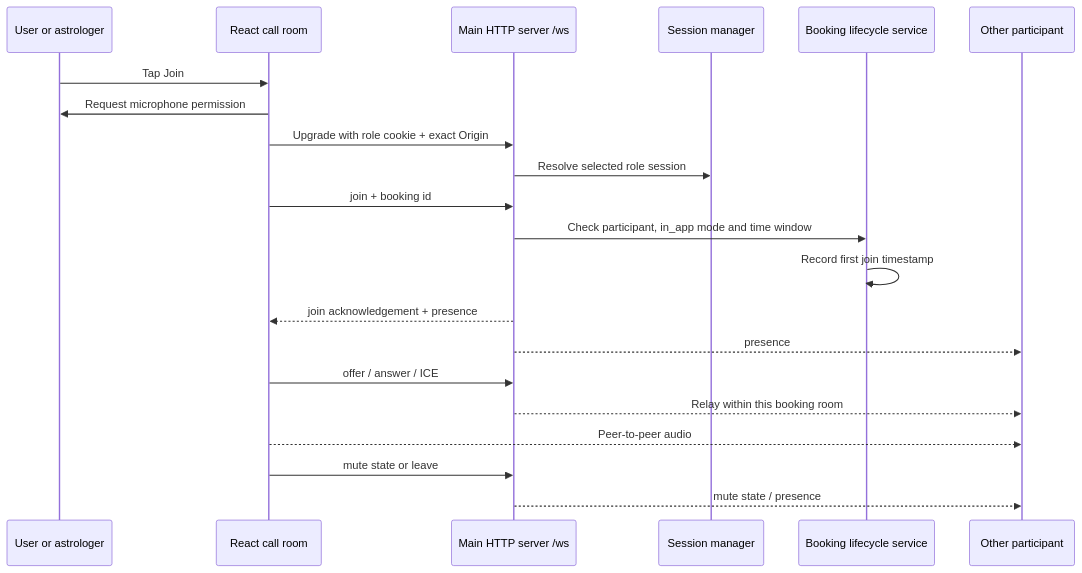
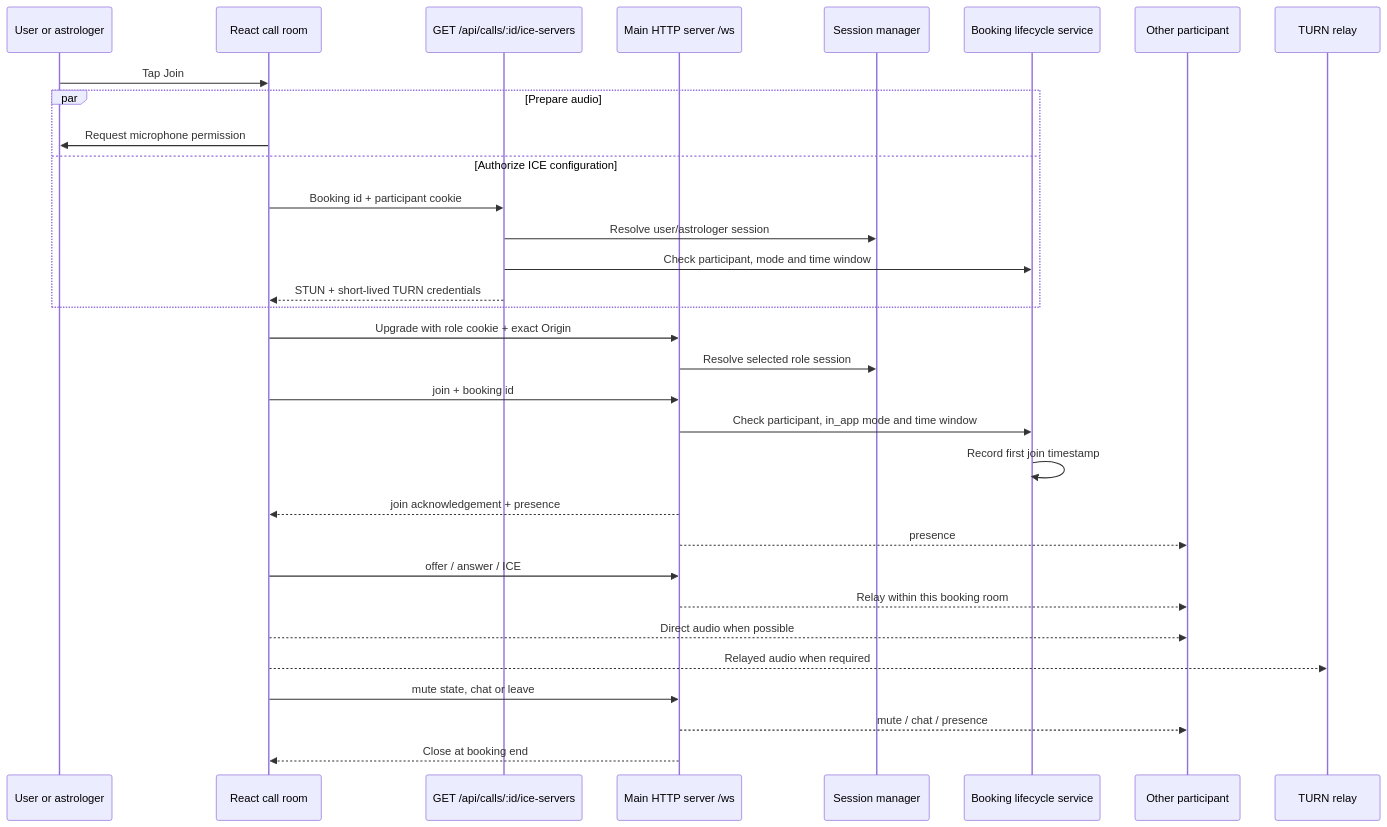
One commit to Yash1927/AstroWeb-App changed the fifth of 7 diagrams in docs/ARCHITECTURE.md. Above: the diagram before and after it, drawn with Mermaid. The commit also changed other lines of this file and 34 other files, not shown here.

````diff
--- a/docs/ARCHITECTURE.md
+++ b/docs/ARCHITECTURE.md
@@ -270,24 +280,35 @@
 ```mermaid
 sequenceDiagram
     participant Person as User or astrologer
     participant Room as React call room
+    participant API as GET /api/calls/:id/ice-servers
     participant Server as Main HTTP server /ws
     participant Sessions as Session manager
     participant Booking as Booking lifecycle service
     participant Peer as Other participant
+    participant Turn as TURN relay
 
     Person->>Room: Tap Join
-    Room->>Person: Request microphone permission
+    par Prepare audio
+        Room->>Person: Request microphone permission
+    and Authorize ICE configuration
+        Room->>API: Booking id + participant cookie
+        API->>Sessions: Resolve user/astrologer session
+        API->>Booking: Check participant, mode and time window
+        API-->>Room: STUN + short-lived TURN credentials
+    end
     Room->>Server: Upgrade with role cookie + exact Origin
     Server->>Sessions: Resolve selected role session
     Room->>Server: join + booking id
     Server->>Booking: Check participant, in_app mode and time window
     Booking->>Booking: Record first join timestamp
     Server-->>Room: join acknowledgement + presence
     Server-->>Peer: presence
     Room->>Server: offer / answer / ICE
     Server-->>Peer: Relay within this booking room
-    Room-->>Peer: Peer-to-peer audio
-    Room->>Server: mute state or leave
-    Server-->>Peer: mute state / presence
+    Room-->>Peer: Direct audio when possible
+    Room-->>Turn: Relayed audio when required
+    Room->>Server: mute state, chat or leave
+    Server-->>Peer: mute / chat / presence
+    Server-->>Room: Close at booking end
 ```
````
